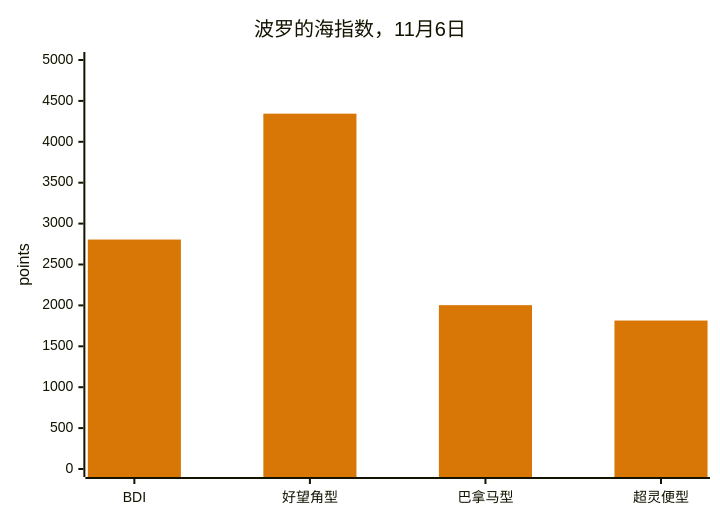
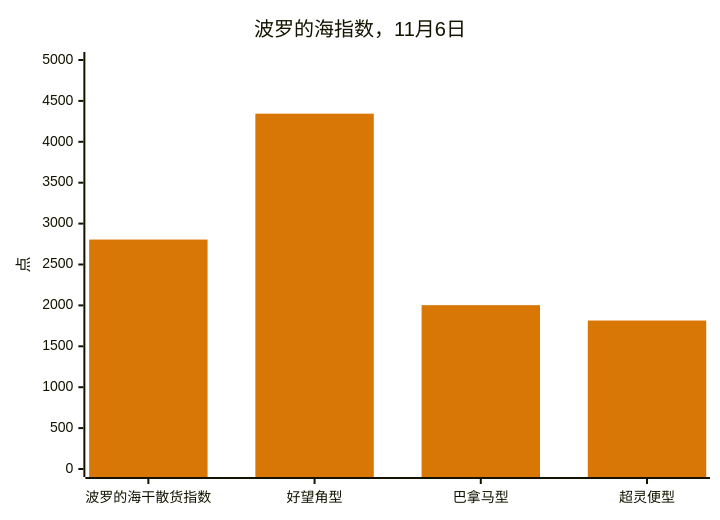
The sixth of 9 diagrams in Global-Trade-Intelligence-weekly-2026-11-09/index.zh.md (dureach/research), drawn with Mermaid before and after one commit. The commit also changed other lines of this file and 5 other files, not shown here.

````diff
--- a/Global-Trade-Intelligence-weekly-2026-11-09/index.zh.md
+++ b/Global-Trade-Intelligence-weekly-2026-11-09/index.zh.md
@@ -425,8 +425,8 @@
 ```mermaid
 %%{init: {'theme': 'base', 'themeVariables': {'xyChart': {'plotColorPalette': '#d97706'}}}}%%
 xychart-beta
     title "波罗的海指数，11月6日"
-    x-axis ["BDI", "好望角型", "巴拿马型", "超灵便型"]
-    y-axis "points" 0 --> 5000
+    x-axis ["波罗的海干散货指数", "好望角型", "巴拿马型", "超灵便型"]
+    y-axis "点" 0 --> 5000
     bar [2805, 4344, 2003, 1815]
 ```
````
